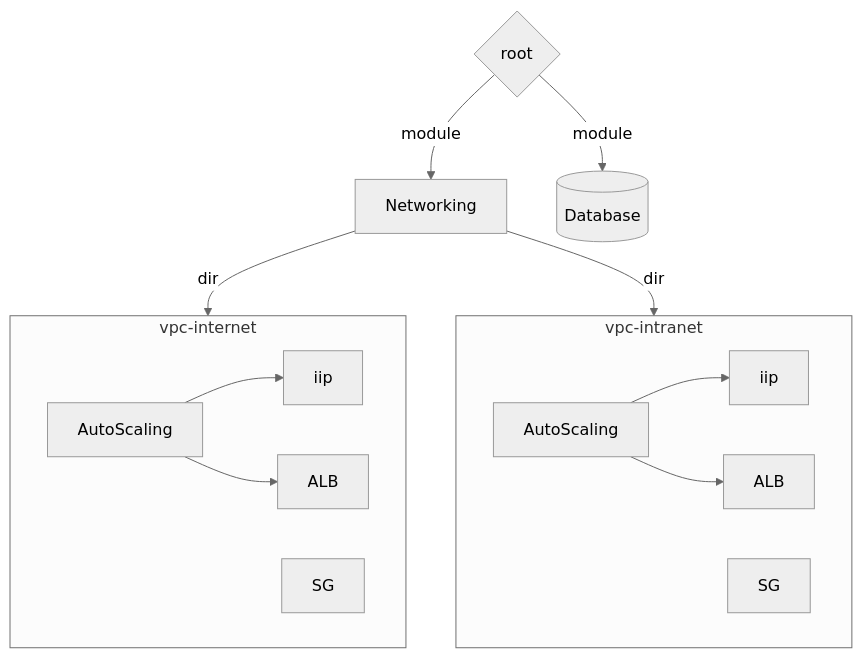
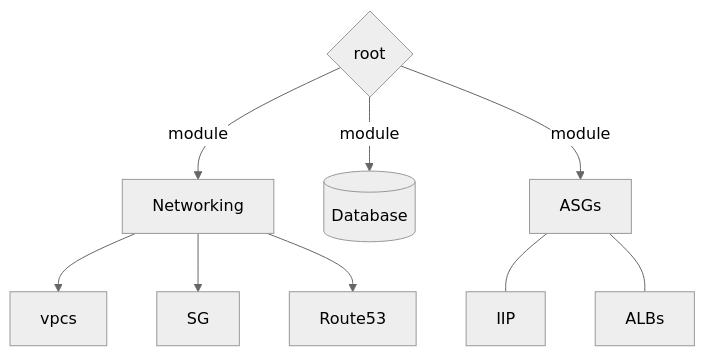
The diagram in README.md (pvmtriet232/infras), drawn with Mermaid (neutral theme) before and after one commit.

Commit message:
modify chart

````diff
--- a/README.md
+++ b/README.md
@@ -2,24 +2,16 @@
 ```mermaid
 flowchart TD
-    C{root}
+    C{root} 
     
     C -->|module| N[Networking]
     C -->|module| D[(Database)]
+    C -->|module| A[ASGs]
 
 
-    N --dir--> vpc-internet
-    subgraph vpc-internet
-    aug[AutoScaling]
-    aug --> iip[iip]
-    aug --> alb[ALB]
-    sg[SG]
-    end 
+    N --> vpcs
+    N --> SG[SG]
+    N --> R[Route53]
 
-    N --dir--> vpc-intranet
-    subgraph vpc-intranet
-    aug2[AutoScaling]
-    aug2 --> iip2[iip]
-    aug2 --> alb2[ALB]
-    sg2[SG]
-    end
+    A --- iip[IIP]
+    A --- alb[ALBs]
 ```
````
